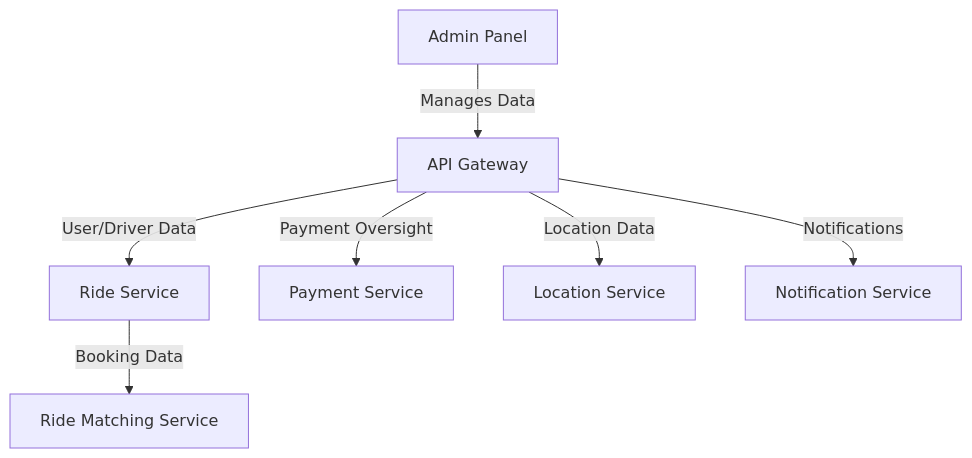
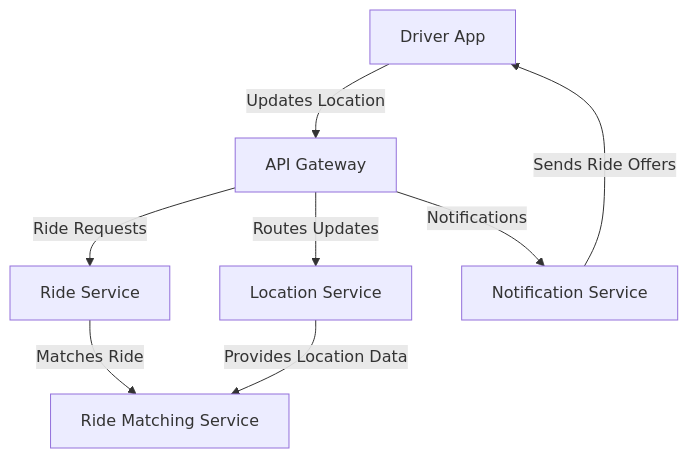
One commit to ByteBix-Projects/driver-app changed the diagram in README.md. Above: the diagram before and after it, drawn with Mermaid. The commit also changed other lines of this file, not shown here.

````diff
--- a/README.md
+++ b/README.md
@@ -13,9 +26,10 @@
 ```mermaid
 graph TD
-AP[Admin Panel] -->|Manages Data| API[API Gateway]
-API -->|User/Driver Data| RS[Ride Service]
-API -->|Payment Oversight| PS[Payment Service]
-API -->|Location Data| LS[Location Service]
+DA[Driver App] -->|Updates Location| API[API Gateway]
+API -->|Routes Updates| LS[Location Service]
+API -->|Ride Requests| RS[Ride Service]
 API -->|Notifications| NS[Notification Service]
-RS -->|Booking Data| RMS[Ride Matching Service]
+RS -->|Matches Ride| RMS[Ride Matching Service]
+LS -->|Provides Location Data| RMS
+NS -->|Sends Ride Offers| DA
 ```
````
